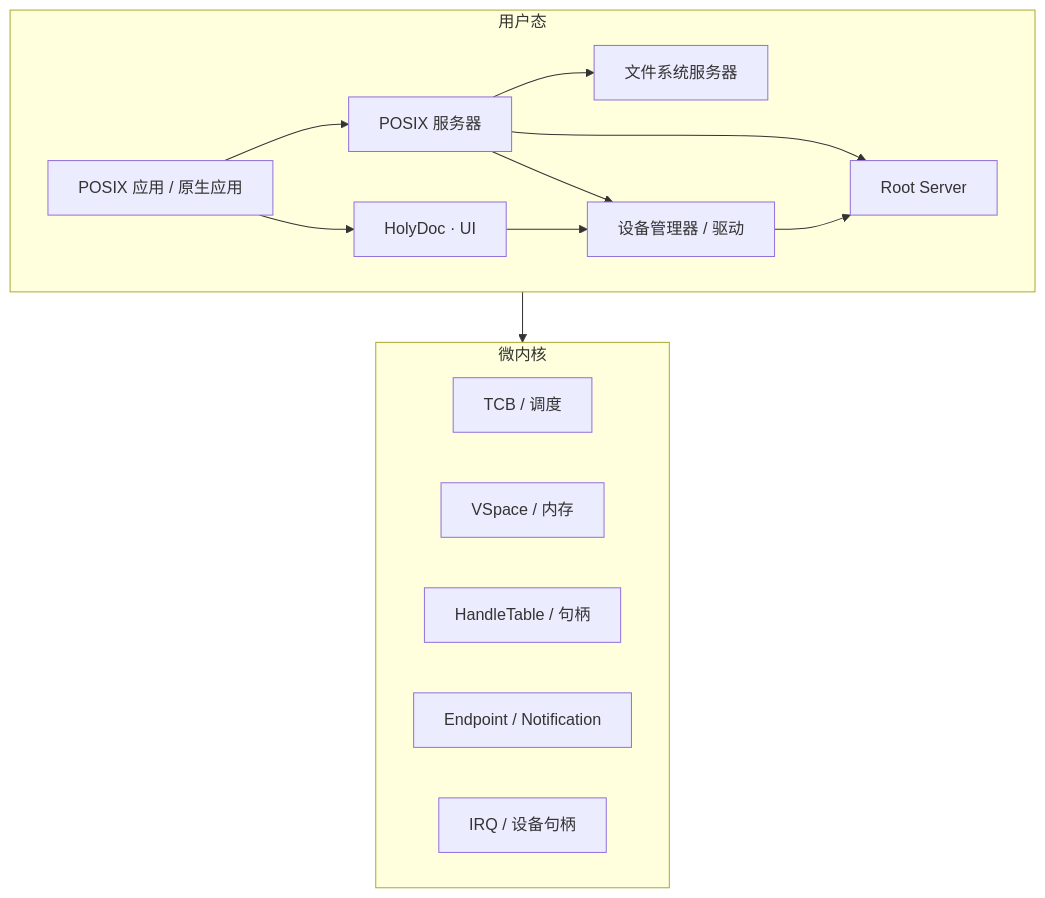
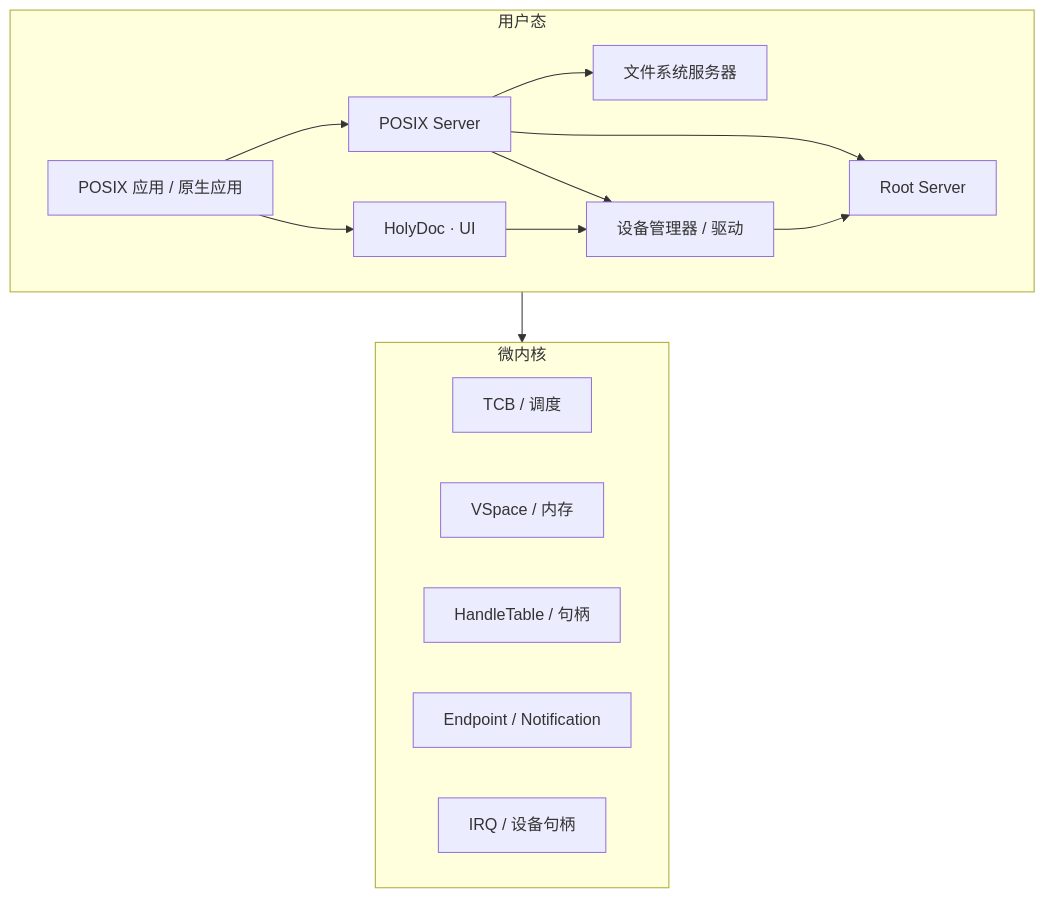
The diagram in docs/charter.md (hongweifei/HolyKernel), drawn with Mermaid before and after one commit. The commit also changed other lines of this file and 17 other files, not shown here.

````diff
--- a/docs/charter.md
+++ b/docs/charter.md
@@ -11,26 +11,26 @@
 ```mermaid
 flowchart TB
     subgraph User["用户态"]
         Apps["POSIX 应用 / 原生应用"]
-        POSIX["POSIX 服务器"]
+        POSIX["POSIX Server"]
         FS["文件系统服务器"]
         Drivers["设备管理器 / 驱动"]
         Root["Root Server"]
         Native["HolyDoc · UI"]
     end
     subgraph Kernel["微内核"]
         TCB["TCB / 调度"]
         VSpace["VSpace / 内存"]
         HandleTable["HandleTable / 句柄"]
         IPC["Endpoint / Notification"]
         IRQ["IRQ / 设备句柄"]
     end
     Apps --> POSIX
     Apps --> Native
     POSIX --> FS
     POSIX --> Drivers
     POSIX --> Root
     Native --> Drivers
     Drivers --> Root
     User --> Kernel
 ```
````
